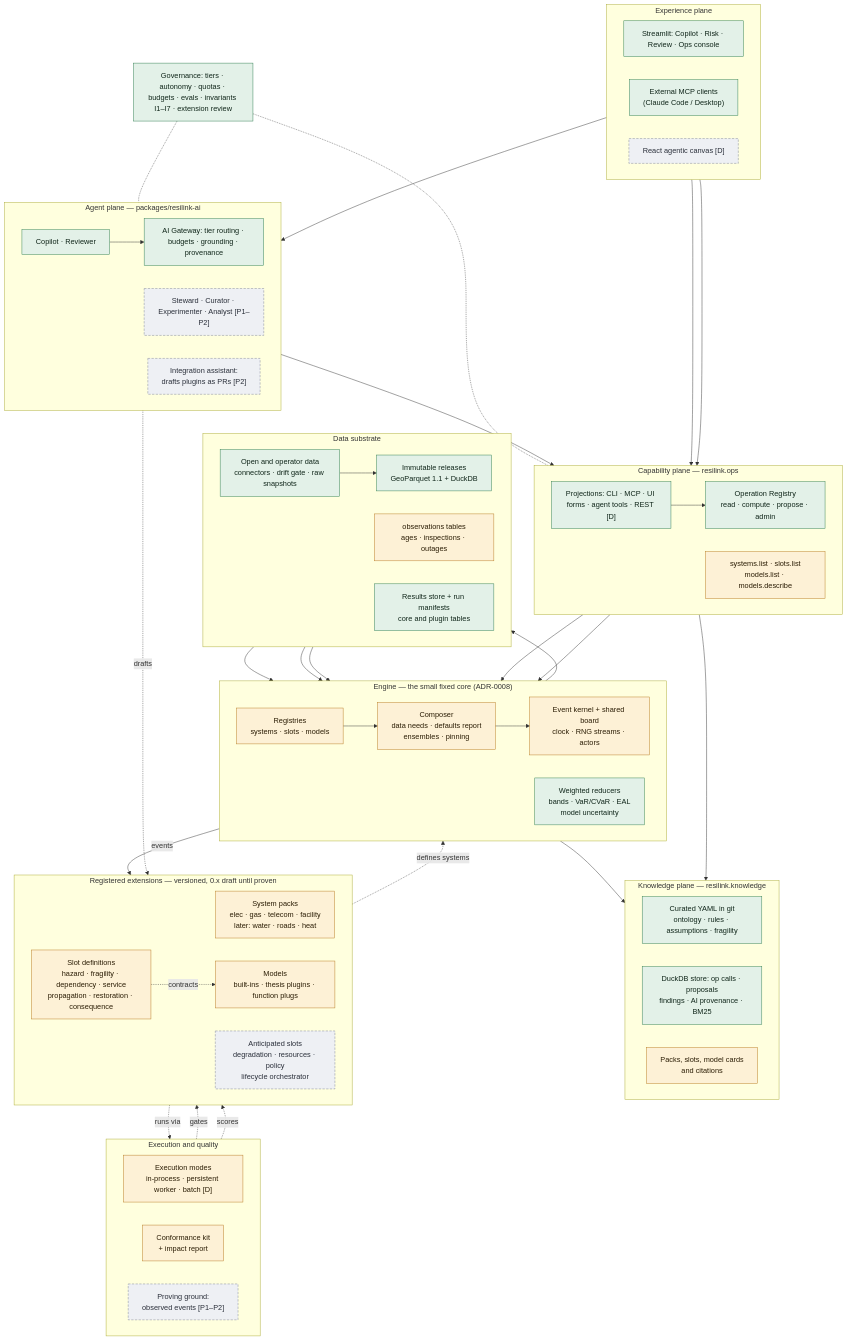
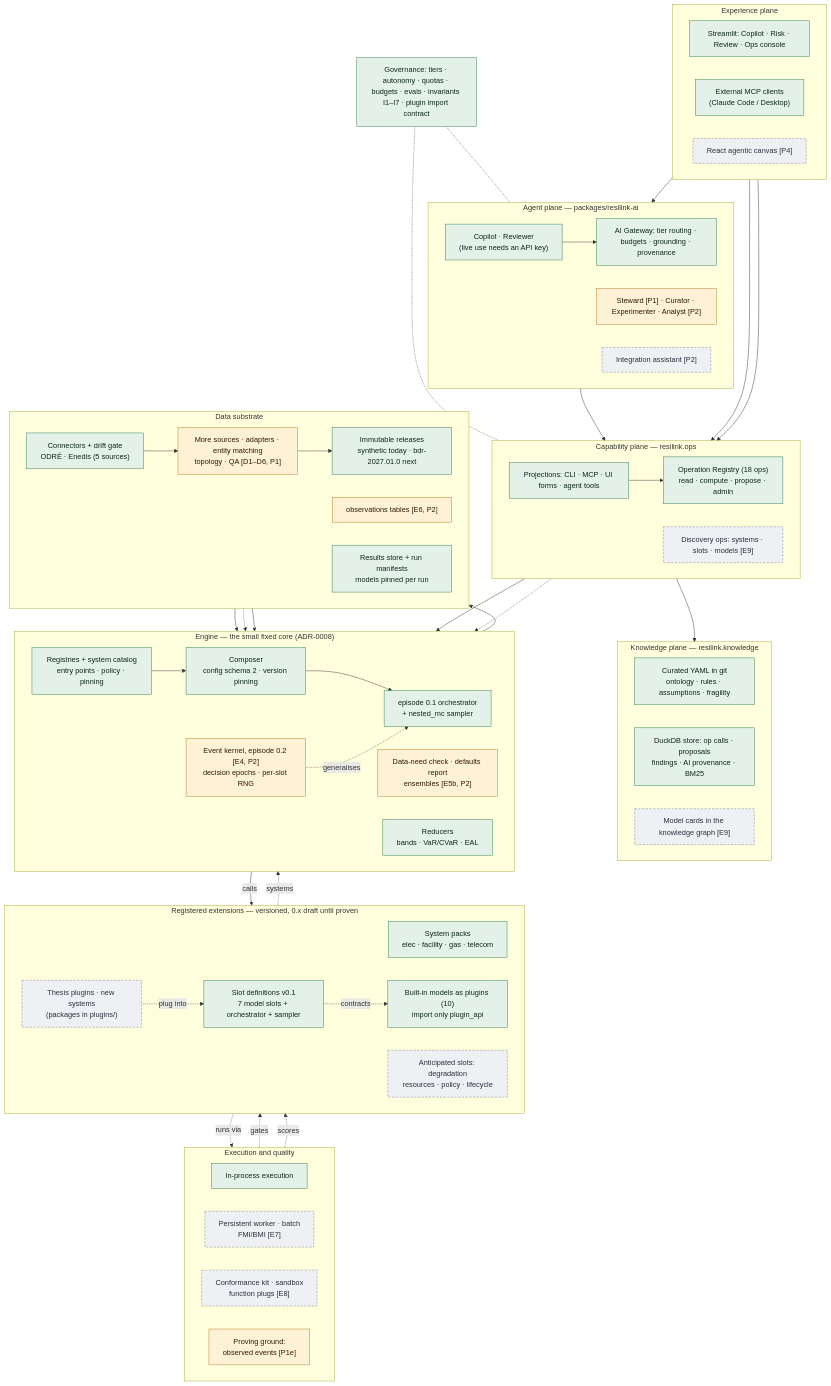
Before and after one commit to Yiping-UPSaclay/RESILINK: the first of 6 diagrams in docs/architecture/blueprint.md, drawn with Mermaid. The commit also changed other lines of this file and 2 other files, not shown here.

Commit message:
Docs: architecture map and progress dashboard show the current status
- Blueprint §1.2: the architecture map now marks what is built (Sprint 0, E1-E3),
  what comes next (data track D1-D7, E4, E5b, E6, proving ground) and what is deferred.
- Roadmap: items may carry a target date; D7 (first flood risk run on
  Bouches-du-Rhône) targets 2027-01-15 and shows as a milestone on the dashboard.
- tools/progress.py: exports the target date with each roadmap item.

````diff
--- a/docs/architecture/blueprint.md
+++ b/docs/architecture/blueprint.md
@@ -70,70 +73,75 @@
 ```mermaid
 flowchart TB
   classDef built fill:#e3f1e8,stroke:#2e7d4f,color:#10261a
-  classDef proposed fill:#fdf1d6,stroke:#b7791f,color:#2b1d05
+  classDef next fill:#fdf1d6,stroke:#b7791f,color:#2b1d05
   classDef deferred fill:#eef0f4,stroke:#7a8194,color:#2a2f3a,stroke-dasharray:5 3
 
   subgraph EXP["Experience plane"]
     direction LR
     UI["Streamlit: Copilot · Risk · Review · Ops console"]:::built
     EXTC["External MCP clients<br/>(Claude Code / Desktop)"]:::built
-    WEB["React agentic canvas [D]"]:::deferred
+    WEB["React agentic canvas [P4]"]:::deferred
   end
 
   subgraph AG["Agent plane — packages/resilink-ai"]
     direction LR
-    COP["Copilot · Reviewer"]:::built
-    SPC["Steward · Curator · Experimenter · Analyst [P1–P2]"]:::deferred
-    BLD["Integration assistant:<br/>drafts plugins as PRs [P2]"]:::deferred
+    COP["Copilot · Reviewer<br/>(live use needs an API key)"]:::built
     GW["AI Gateway: tier routing · budgets · grounding · provenance"]:::built
+    SPC["Steward [P1] · Curator · Experimenter · Analyst [P2]"]:::next
+    BLD["Integration assistant [P2]"]:::deferred
   end
 
   subgraph CAP["Capability plane — resilink.ops"]
     direction LR
-    REG["Operation Registry<br/>read · compute · propose · admin"]:::built
-    MOPS["systems.list · slots.list<br/>models.list · models.describe"]:::proposed
-    PROJ["Projections: CLI · MCP · UI forms · agent tools · REST [D]"]:::built
+    REG["Operation Registry (18 ops)<br/>read · compute · propose · admin"]:::built
+    PROJ["Projections: CLI · MCP · UI forms · agent tools"]:::built
+    MOPS["Discovery ops: systems · slots · models [E9]"]:::deferred
   end
 
   subgraph KN["Knowledge plane — resilink.knowledge"]
     direction LR
     CUR["Curated YAML in git<br/>ontology · rules · assumptions · fragility"]:::built
     KS["DuckDB store: op calls · proposals<br/>findings · AI provenance · BM25"]:::built
-    MCARD["Packs, slots, model cards<br/>and citations"]:::proposed
+    MCARD["Model cards in the knowledge graph [E9]"]:::deferred
   end
 
   subgraph ENG["Engine — the small fixed core (ADR-0008)"]
     direction LR
-    MREG["Registries<br/>systems · slots · models"]:::proposed
-    CMP["Composer<br/>data needs · defaults report<br/>ensembles · pinning"]:::proposed
-    KER["Event kernel + shared board<br/>clock · RNG streams · actors"]:::proposed
-    RED["Weighted reducers<br/>bands · VaR/CVaR · EAL<br/>model uncertainty"]:::built
+    MREG["Registries + system catalog<br/>entry points · policy · pinning"]:::built
+    CMP["Composer<br/>config schema 2 · version pinning"]:::built
+    ORC["episode 0.1 orchestrator<br/>+ nested_mc sampler"]:::built
+    KER["Event kernel, episode 0.2 [E4, P2]<br/>decision epochs · per-slot RNG"]:::next
+    CHK["Data-need check · defaults report<br/>ensembles [E5b, P2]"]:::next
+    RED["Reducers<br/>bands · VaR/CVaR · EAL"]:::built
   end
 
   subgraph EXTN["Registered extensions — versioned, 0.x draft until proven"]
     direction LR
-    SYS["System packs<br/>elec · gas · telecom · facility<br/>later: water · roads · heat"]:::proposed
-    SLT["Slot definitions<br/>hazard · fragility · dependency · service<br/>propagation · restoration · consequence"]:::proposed
-    ANT["Anticipated slots<br/>degradation · resources · policy<br/>lifecycle orchestrator"]:::deferred
-    MOD["Models<br/>built-ins · thesis plugins · function plugs"]:::proposed
+    SYS["System packs<br/>elec · facility · gas · telecom"]:::built
+    SLT["Slot definitions v0.1<br/>7 model slots + orchestrator + sampler"]:::built
+    MOD["Built-in models as plugins (10)<br/>import only plugin_api"]:::built
+    ANT["Anticipated slots: degradation<br/>resources · policy · lifecycle"]:::deferred
+    THS["Thesis plugins · new systems<br/>(packages in plugins/)"]:::deferred
   end
 
   subgraph RUN["Execution and quality"]
     direction LR
-    EXM["Execution modes<br/>in-process · persistent worker · batch [D]"]:::proposed
-    KIT["Conformance kit<br/>+ impact report"]:::proposed
-    BEN["Proving ground:<br/>observed events [P1–P2]"]:::deferred
+    EXM["In-process execution"]:::built
+    WRK["Persistent worker · batch<br/>FMI/BMI [E7]"]:::deferred
+    KIT["Conformance kit · sandbox<br/>function plugs [E8]"]:::deferred
+    BEN["Proving ground:<br/>observed events [P1e]"]:::next
   end
 
   subgraph SUB["Data substrate"]
     direction LR
-    SRC["Open and operator data<br/>connectors · drift gate · raw snapshots"]:::built
-    REL["Immutable releases<br/>GeoParquet 1.1 + DuckDB"]:::built
-    OBS["observations tables<br/>ages · inspections · outages"]:::proposed
-    RES["Results store + run manifests<br/>core and plugin tables"]:::built
+    SRC["Connectors + drift gate<br/>ODRÉ · Enedis (5 sources)"]:::built
+    ADP["More sources · adapters · entity matching<br/>topology · QA [D1–D6, P1]"]:::next
+    REL["Immutable releases<br/>synthetic today · bdr-2027.01.0 next"]:::built
+    OBS["observations tables [E6, P2]"]:::next
+    RES["Results store + run manifests<br/>models pinned per run"]:::built
   end
 
-  GOV["Governance: tiers · autonomy · quotas · budgets · evals · invariants I1–I7 · extension review"]:::built
+  GOV["Governance: tiers · autonomy · quotas · budgets · evals · invariants I1–I7 · plugin import contract"]:::built
 
   UI --> COP
   UI --> PROJ
@@ -143,21 +151,22 @@
   PROJ --> REG
   REG --> KS
   REG --> CMP
-  MOPS --> MREG
-  MREG --> MCARD
+  MOPS -.-> MREG
   MREG --> CMP
-  CMP --> KER
-  KER -->|events| MOD
-  SYS -.->|defines systems| KER
+  CMP --> ORC
+  ORC -->|calls| MOD
+  KER -.->|generalises| ORC
+  SYS -.->|systems| MREG
   SLT -.->|contracts| MOD
+  THS -.->|plug into| SLT
   MOD -.->|runs via| EXM
-  KIT -.->|gates| MOD
+  KIT -.->|gates| THS
   BEN -.->|scores| MOD
-  BLD -.->|drafts| MOD
-  SRC --> REL
-  REL --> KER
-  OBS --> KER
-  KER --> RES
+  SRC --> ADP
+  ADP --> REL
+  REL --> ORC
+  OBS -.-> ORC
+  ORC --> RES
   RES --> RED
   GOV -.- AG
   GOV -.- CAP
````
